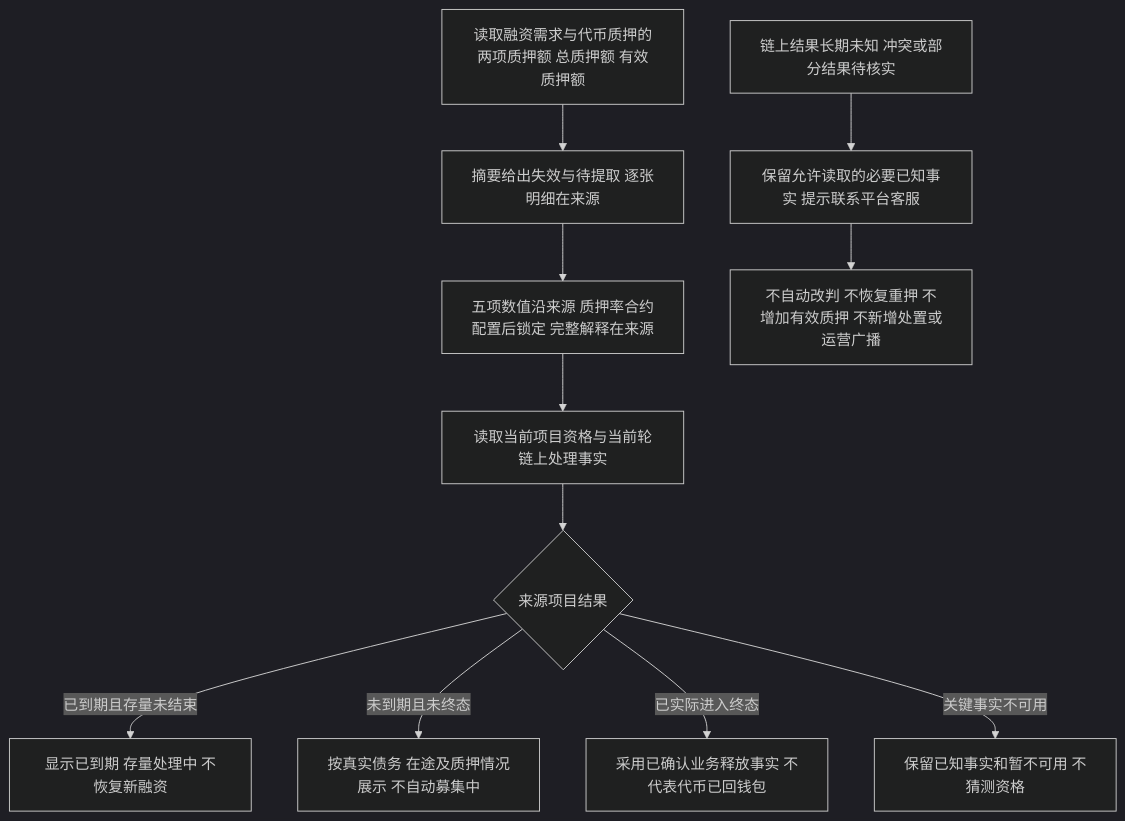
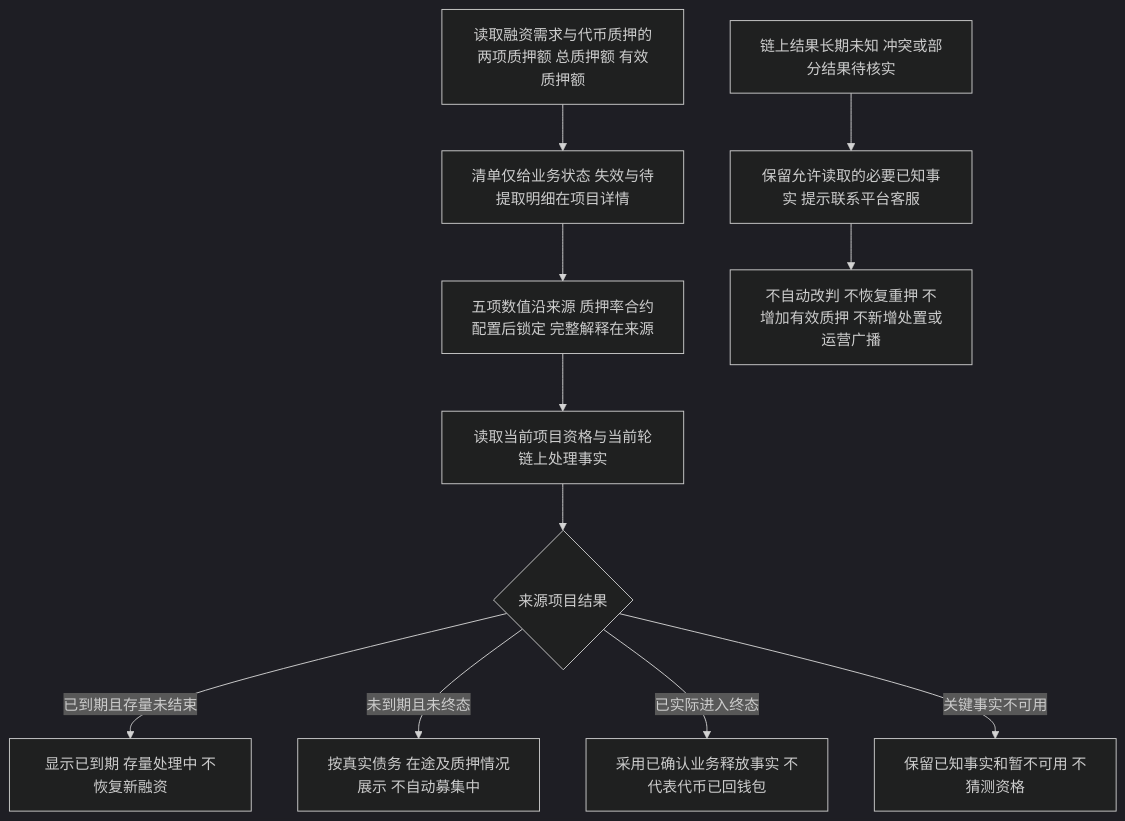
Diagram 11 of 15 in lending-platform/PRD/面客端/09-我的控制台/02-我的控制台-流程图与状态机.md (wxblockchain/Chain-Financing), drawn with Mermaid (dark theme) before and after one commit. The commit also changed other lines of this file and 5 other files, not shown here.

````diff
--- a/lending-platform/PRD/面客端/09-我的控制台/02-我的控制台-流程图与状态机.md
+++ b/lending-platform/PRD/面客端/09-我的控制台/02-我的控制台-流程图与状态机.md
@@ -317,13 +319,13 @@
 ```mermaid
 flowchart TD
-  A[读取融资需求与代币质押的两项质押额 总质押额 有效质押额] --> B[摘要给出失效与待提取 逐张明细在来源]
+  A[读取融资需求与代币质押的两项质押额 总质押额 有效质押额] --> B[清单仅给业务状态 失效与待提取明细在项目详情]
   B --> C[五项数值沿来源 质押率合约配置后锁定 完整解释在来源]
   C --> D[读取当前项目资格与当前轮链上处理事实]
   D --> E{来源项目结果}
   E -- 已到期且存量未结束 --> F[显示已到期 存量处理中 不恢复新融资]
   E -- 未到期且未终态 --> G[按真实债务 在途及质押情况展示 不自动募集中]
   E -- 已实际进入终态 --> H[采用已确认业务释放事实 不代表代币已回钱包]
   E -- 关键事实不可用 --> I[保留已知事实和暂不可用 不猜测资格]
   J[链上结果长期未知 冲突或部分结果待核实] --> K[保留允许读取的必要已知事实 提示联系平台客服]
   K --> L[不自动改判 不恢复重押 不增加有效质押 不新增处置或运营广播]
 ```
````
